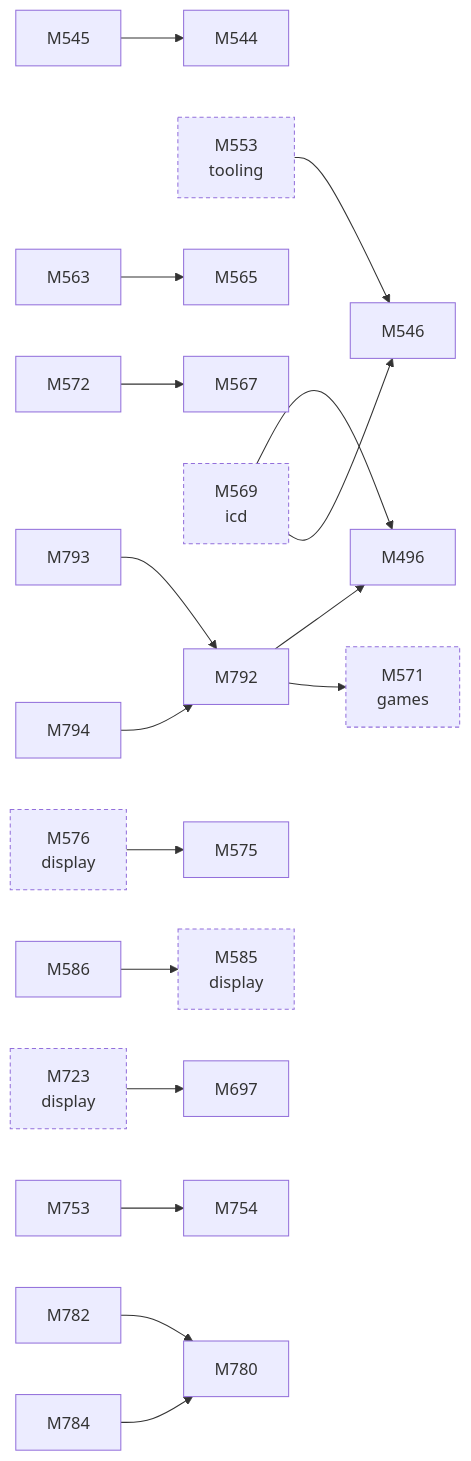
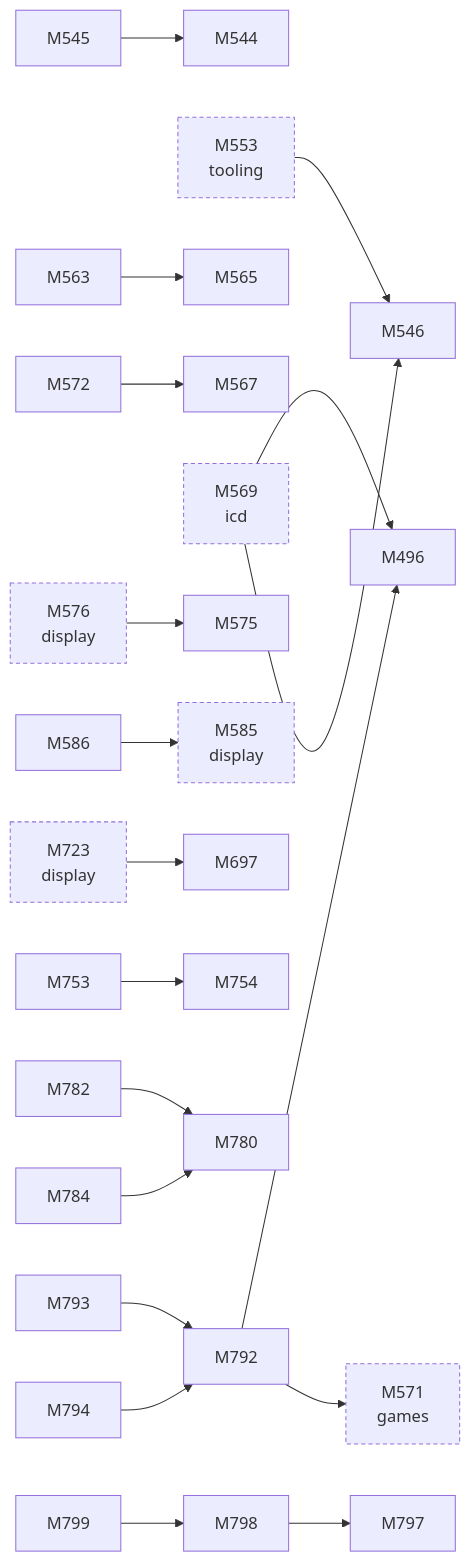
The second of 2 diagrams in docs/facts/graphs/d3d.md (D-Ogi/amdgpu-wddm), drawn with Mermaid before and after one commit. The commit also changed 7 other files, not shown here.

````diff
--- a/docs/facts/graphs/d3d.md
+++ b/docs/facts/graphs/d3d.md
@@ -19,46 +19,51 @@
 ```mermaid
 flowchart LR
   M496["M496"]
   M544["M544"]
   M545["M545"]
   M546["M546"]
   M553["M553<br/>tooling"]
   M563["M563"]
   M565["M565"]
   M567["M567"]
   M569["M569<br/>icd"]
   M571["M571<br/>games"]
   M572["M572"]
   M575["M575"]
   M576["M576<br/>display"]
   M585["M585<br/>display"]
   M586["M586"]
   M697["M697"]
   M723["M723<br/>display"]
   M753["M753"]
   M754["M754"]
   M780["M780"]
   M782["M782"]
   M784["M784"]
   M792["M792"]
   M793["M793"]
   M794["M794"]
+  M797["M797"]
+  M798["M798"]
+  M799["M799"]
   M576 --> M575
   M723 --> M697
   M569 --> M496
   M569 --> M546
   M545 --> M544
   M563 --> M565
   M572 --> M567
   M586 --> M585
   M753 --> M754
   M782 --> M780
   M784 --> M780
   M792 --> M496
   M792 --> M571
   M793 --> M792
   M794 --> M792
+  M798 --> M797
+  M799 --> M798
   M553 --> M546
   classDef other stroke-dasharray:4 3
   class M553,M569,M571,M576,M585,M723 other
 ```
````
